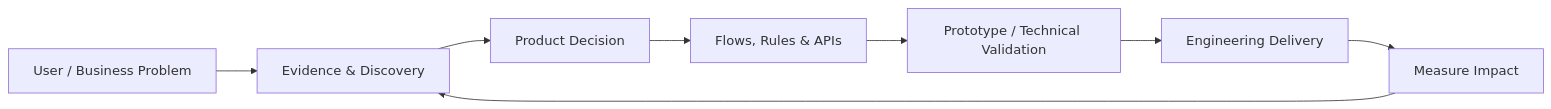
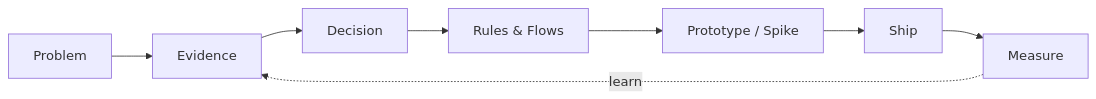
One commit to mojabarati/mojabarati changed the diagram in README.md. Above: the diagram before and after it, drawn with Mermaid. The commit also changed other lines of this file, not shown here.

Commit message:
Redesign profile README around product impact and builder positioning

````diff
--- a/README.md
+++ b/README.md
@@ -41,10 +125,10 @@
 ```mermaid
 flowchart LR
-    A["User / Business Problem"] --> B["Evidence & Discovery"]
-    B --> C["Product Decision"]
-    C --> D["Flows, Rules & APIs"]
-    D --> E["Prototype / Technical Validation"]
-    E --> F["Engineering Delivery"]
-    F --> G["Measure Impact"]
-    G --> B
+    A["Problem"] --> B["Evidence"]
+    B --> C["Decision"]
+    C --> D["Rules & Flows"]
+    D --> E["Prototype / Spike"]
+    E --> F["Ship"]
+    F --> G["Measure"]
+    G -. learn .-> B
 ```
````
